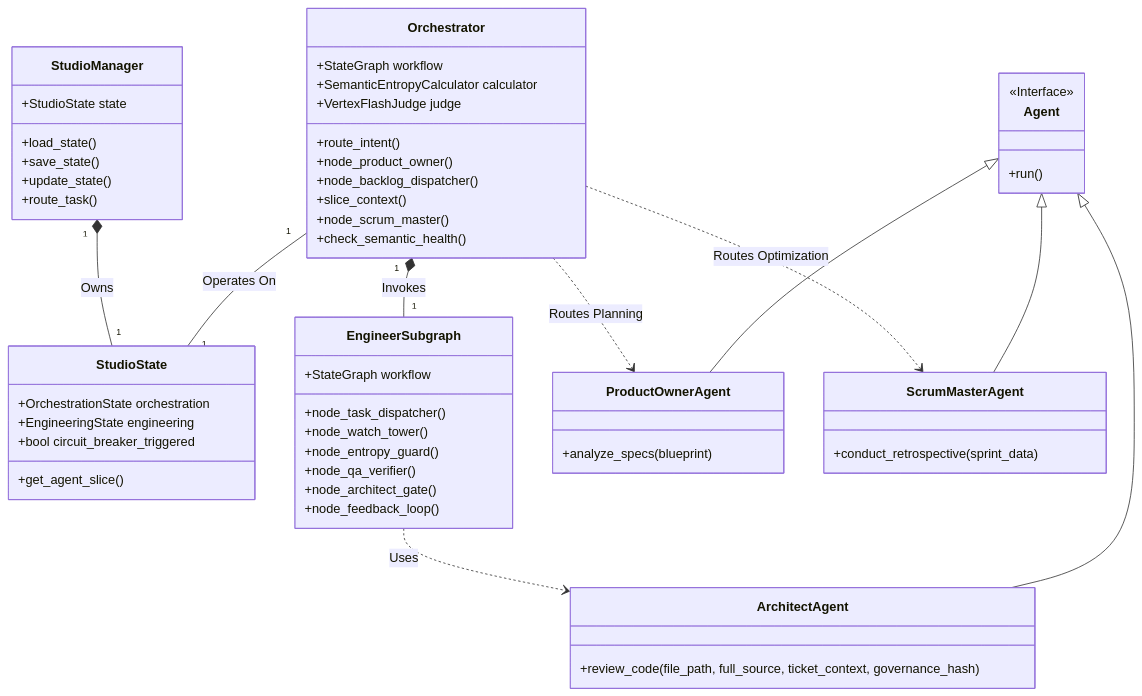
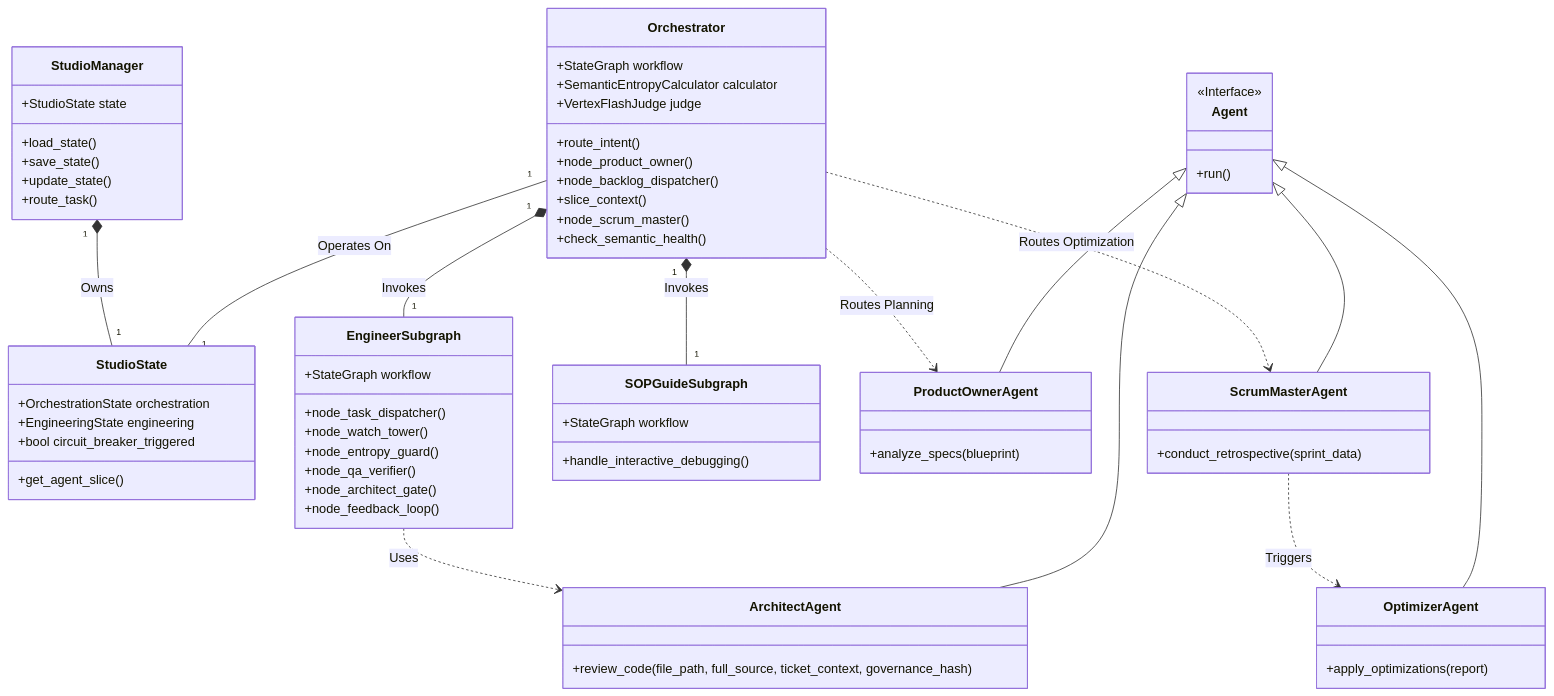
Before and after one commit to jonaschen/ai-bsp-agent: the first of 3 diagrams in DESIGN.md, drawn with Mermaid. The commit also changed other lines of this file and 1 other file, not shown here.

````diff
--- a/DESIGN.md
+++ b/DESIGN.md
@@ -16,66 +17,78 @@
 ```mermaid
 classDiagram
     class StudioManager {
         +StudioState state
         +load_state()
         +save_state()
         +update_state()
         +route_task()
     }
 
     class Orchestrator {
         +StateGraph workflow
         +SemanticEntropyCalculator calculator
         +VertexFlashJudge judge
         +route_intent()
         +node_product_owner()
         +node_backlog_dispatcher()
         +slice_context()
         +node_scrum_master()
         +check_semantic_health()
     }
 
     class StudioState {
         +OrchestrationState orchestration
         +EngineeringState engineering
         +bool circuit_breaker_triggered
         +get_agent_slice()
     }
 
     class EngineerSubgraph {
         +StateGraph workflow
         +node_task_dispatcher()
         +node_watch_tower()
         +node_entropy_guard()
         +node_qa_verifier()
         +node_architect_gate()
         +node_feedback_loop()
     }
 
+    class SOPGuideSubgraph {
+        +StateGraph workflow
+        +handle_interactive_debugging()
+    }
+
     class Agent {
         <<Interface>>
         +run()
     }
 
     class ArchitectAgent {
         +review_code(file_path, full_source, ticket_context, governance_hash)
     }
 
     class ProductOwnerAgent {
         +analyze_specs(blueprint)
     }
 
     class ScrumMasterAgent {
         +conduct_retrospective(sprint_data)
     }
 
+    class OptimizerAgent {
+        +apply_optimizations(report)
+    }
+
     StudioManager "1" *-- "1" StudioState : Owns
     Orchestrator "1" -- "1" StudioState : Operates On
     Orchestrator "1" *-- "1" EngineerSubgraph : Invokes
+    Orchestrator "1" *-- "1" SOPGuideSubgraph : Invokes
     EngineerSubgraph ..> ArchitectAgent : Uses
     Orchestrator ..> ProductOwnerAgent : Routes Planning
     Orchestrator ..> ScrumMasterAgent : Routes Optimization
+    ScrumMasterAgent ..> OptimizerAgent : Triggers
     Agent <|-- ArchitectAgent
     Agent <|-- ProductOwnerAgent
     Agent <|-- ScrumMasterAgent
+    Agent <|-- OptimizerAgent
 ```
````
